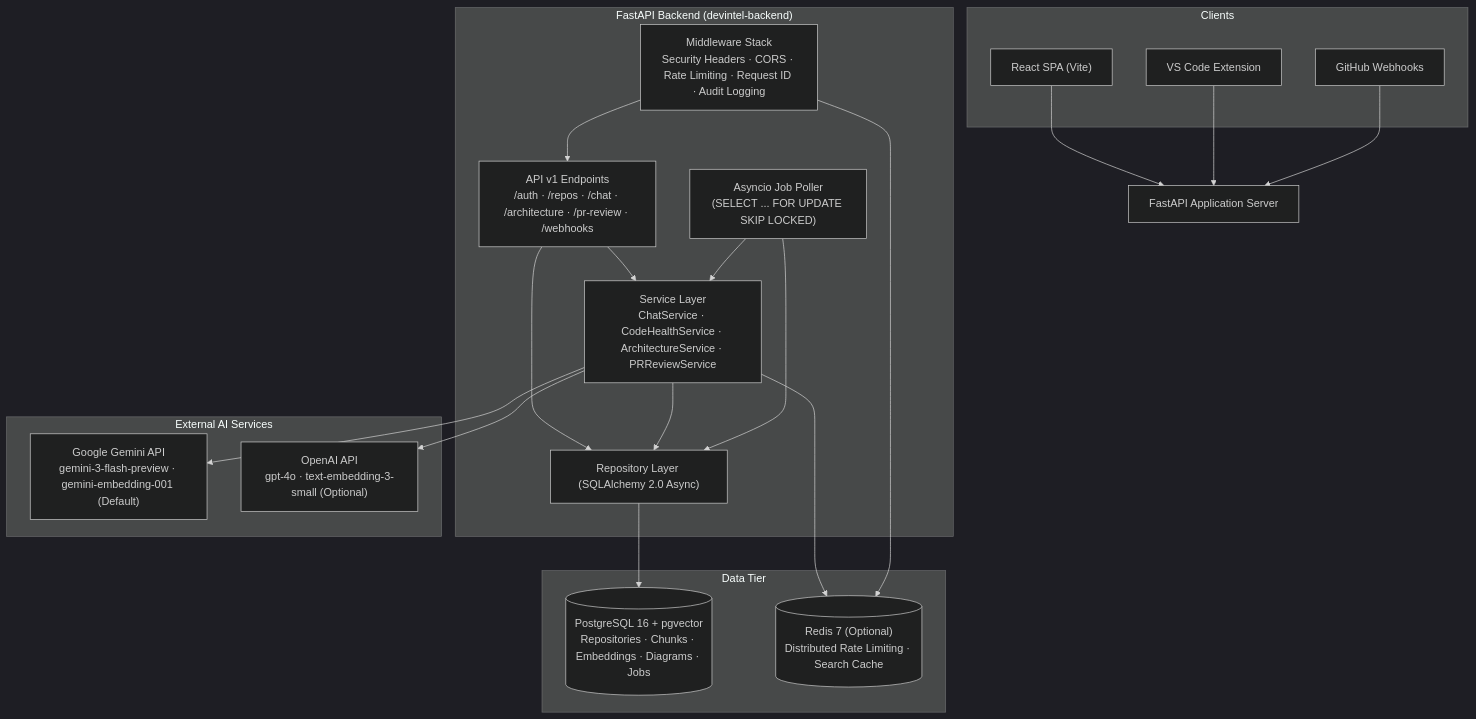
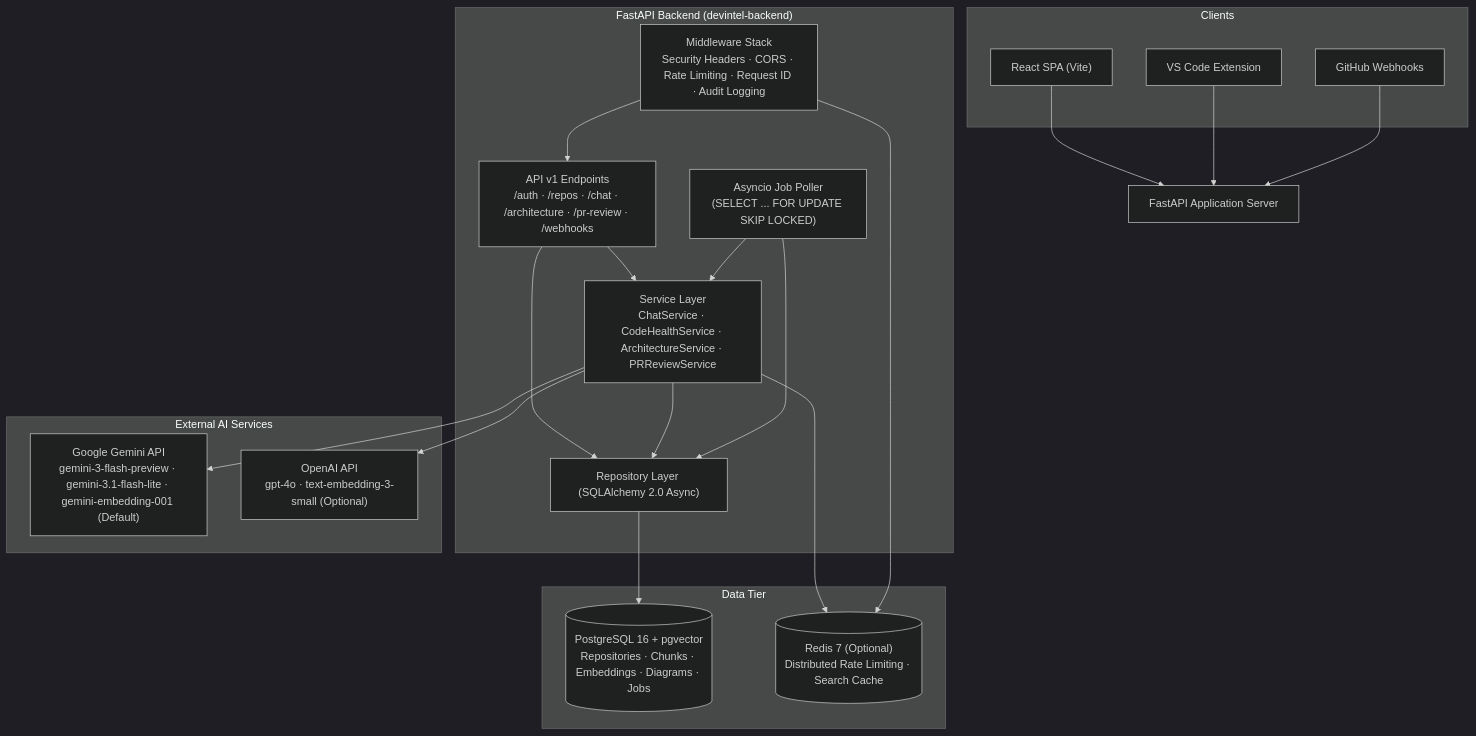
The diagram in README.md (josephkamau32/devintel), drawn with Mermaid (dark theme) before and after one commit. The commit also changed other lines of this file and 8 other files, not shown here.

````diff
--- a/README.md
+++ b/README.md
@@ -32,43 +32,43 @@
 ```mermaid
 graph TD
     subgraph Clients
         FE["React SPA (Vite)"]
         VSC["VS Code Extension"]
         GH["GitHub Webhooks"]
     end
 
     FE --> API["FastAPI Application Server"]
     VSC --> API
     GH --> API
 
     subgraph Backend["FastAPI Backend (devintel-backend)"]
         MW["Middleware Stack<br/>Security Headers · CORS · Rate Limiting · Request ID · Audit Logging"]
         ROUTES["API v1 Endpoints<br/>/auth · /repos · /chat · /architecture · /pr-review · /webhooks"]
         SVC["Service Layer<br/>ChatService · CodeHealthService · ArchitectureService · PRReviewService"]
         POLLER["Asyncio Job Poller<br/>(SELECT ... FOR UPDATE SKIP LOCKED)"]
         REPO["Repository Layer (SQLAlchemy 2.0 Async)"]
 
         MW --> ROUTES
         ROUTES --> SVC
         ROUTES --> REPO
         SVC --> REPO
         POLLER --> SVC
         POLLER --> REPO
     end
 
     subgraph Storage["Data Tier"]
         PG[("PostgreSQL 16 + pgvector<br/>Repositories · Chunks · Embeddings · Diagrams · Jobs")]
         REDIS[("Redis 7 (Optional)<br/>Distributed Rate Limiting · Search Cache")]
     end
 
     subgraph AIProviders["External AI Services"]
-        GEMINI["Google Gemini API<br/>gemini-3-flash-preview · gemini-embedding-001 (Default)"]
+        GEMINI["Google Gemini API<br/>gemini-3-flash-preview · gemini-3.1-flash-lite · gemini-embedding-001 (Default)"]
         OPENAI["OpenAI API<br/>gpt-4o · text-embedding-3-small (Optional)"]
     end
 
     REPO --> PG
     SVC --> REDIS
     MW --> REDIS
     SVC --> GEMINI
     SVC --> OPENAI
 ```
````
